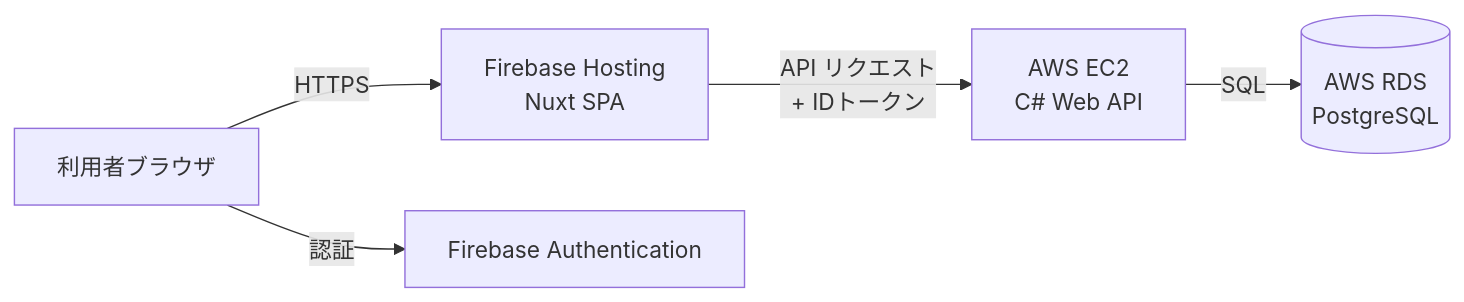
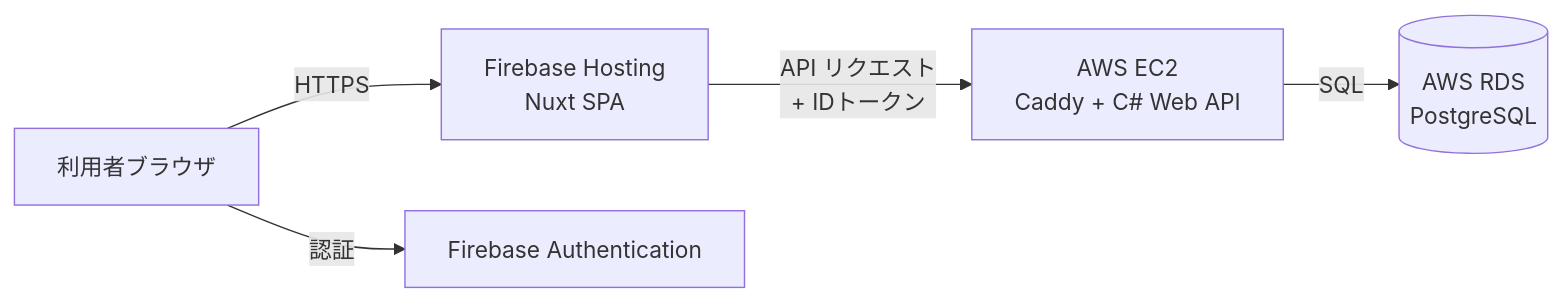
The diagram in infra/README.md (TSUNAGUBA/undeux-sales-suite), drawn with Mermaid before and after one commit. The commit also changed other lines of this file and 8 other files, not shown here.

````diff
--- a/infra/README.md
+++ b/infra/README.md
@@ -7,7 +7,7 @@
 ```mermaid
 graph LR
     User[利用者ブラウザ] -->|HTTPS| FH[Firebase Hosting<br/>Nuxt SPA]
     User -->|認証| FA[Firebase Authentication]
-    FH -->|API リクエスト<br/>+ IDトークン| EC2[AWS EC2<br/>C# Web API]
+    FH -->|API リクエスト<br/>+ IDトークン| EC2[AWS EC2<br/>Caddy + C# Web API]
     EC2 -->|SQL| RDS[(AWS RDS<br/>PostgreSQL)]
 ```
````
